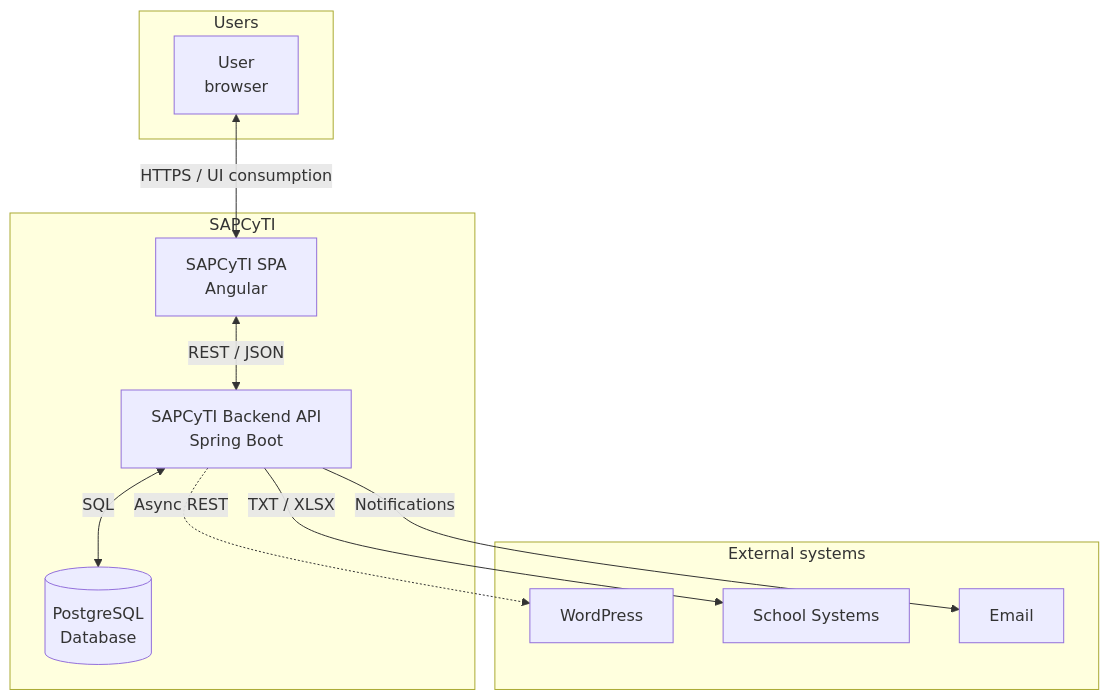
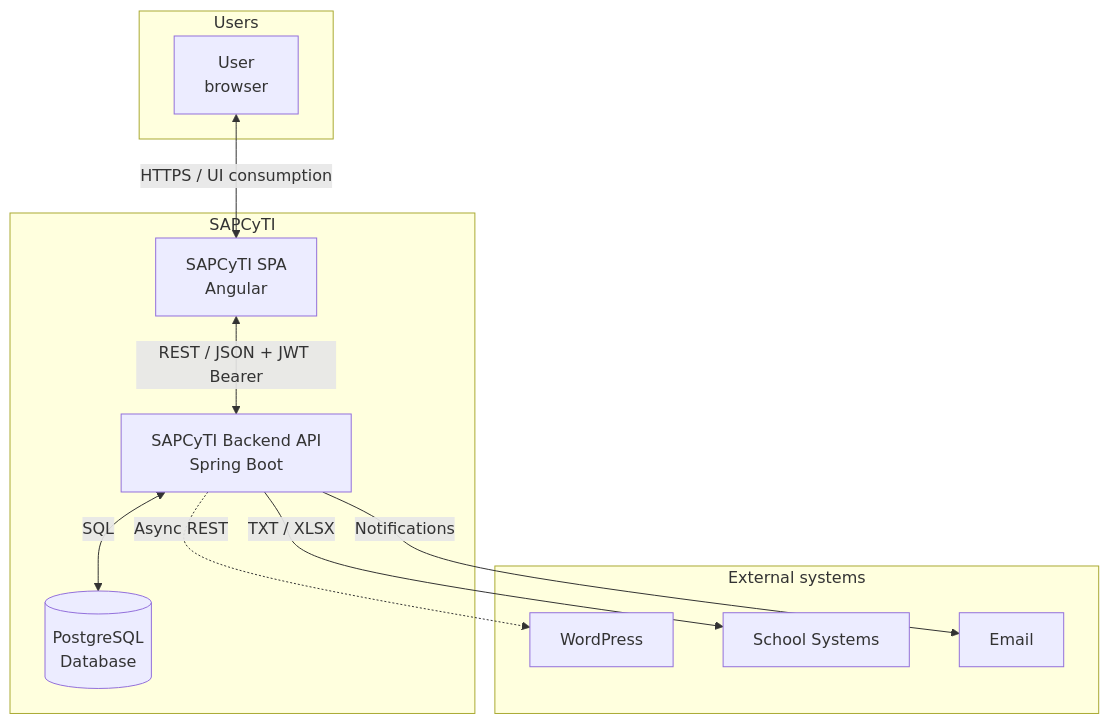
Before and after one commit to SAPCyTI-UAM-I/Docs: the third of 21 diagrams in Design/Architecture.md, drawn with Mermaid. The commit also changed other lines of this file and 1 other file, not shown here.

Commit message:
docs: update architecture and iteration plan with security, audit, and authentication components

````diff
--- a/Design/Architecture.md
+++ b/Design/Architecture.md
@@ -260,25 +305,25 @@
 ```mermaid
 flowchart TB
     subgraph Users
         User["User\nbrowser"]
     end
 
     subgraph SAPCyTI["SAPCyTI"]
         SPA["SAPCyTI SPA\nAngular"]
         API["SAPCyTI Backend API\nSpring Boot"]
         DB[("PostgreSQL\nDatabase")]
     end
 
     subgraph Externals["External systems"]
         WP["WordPress"]
         SCE["School Systems"]
         CORREO["Email"]
     end
 
     User <-->|HTTPS / UI consumption| SPA
-    SPA <-->|REST / JSON| API
+    SPA <-->|REST / JSON + JWT Bearer| API
     API <-->|SQL| DB
     API -.->|Async REST| WP
     API -->|TXT / XLSX| SCE
     API -->|Notifications| CORREO
 ```
````
